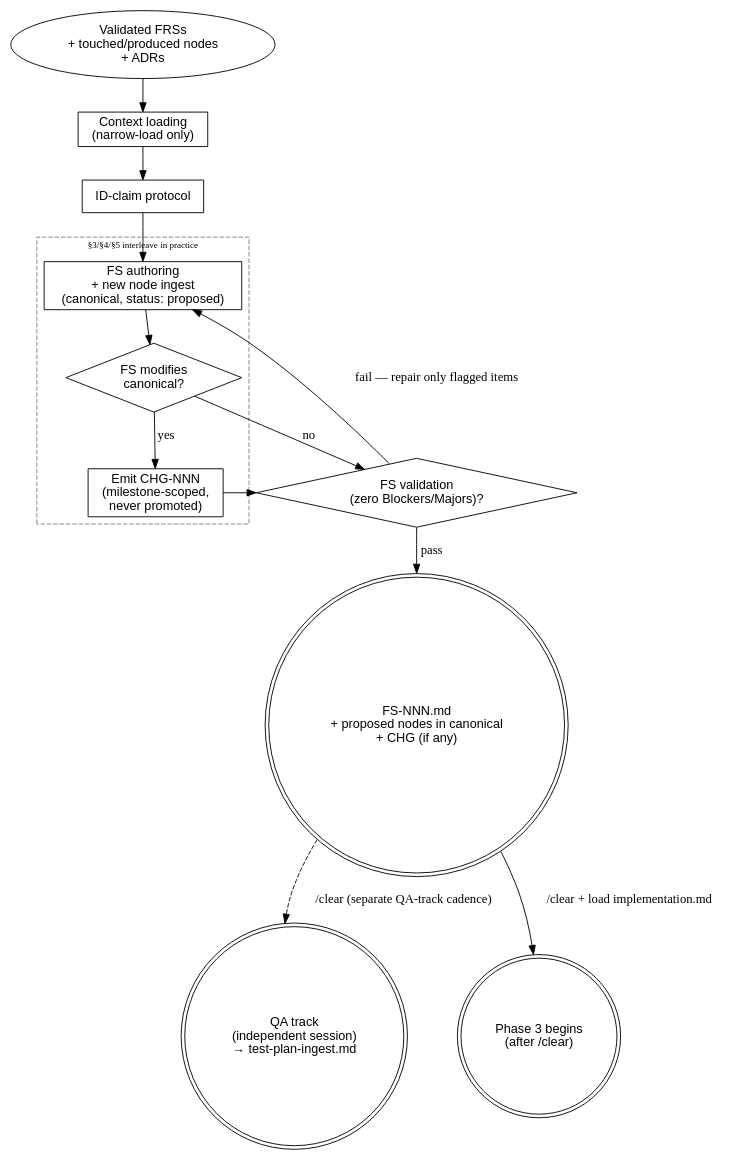
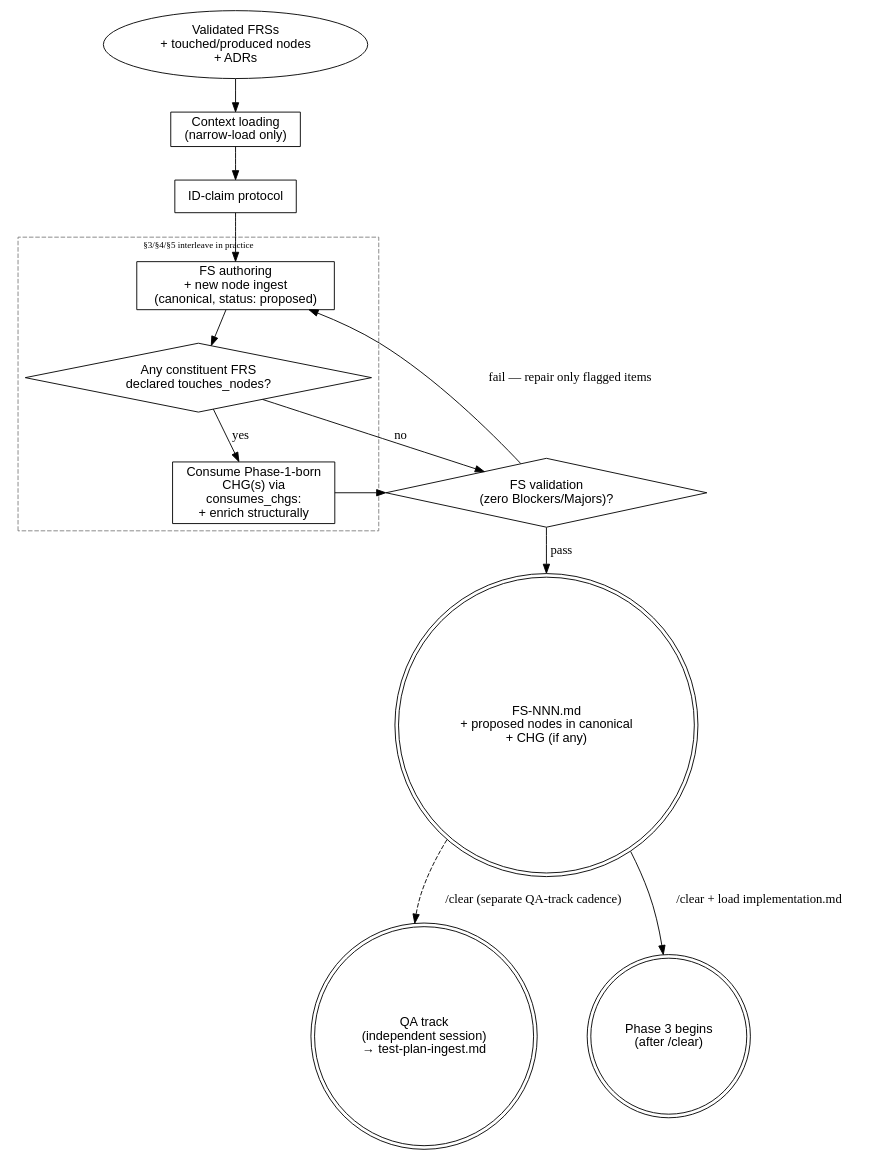
The diagram in sdlc/workflow/plan.md (thapaliyabikendra/agentic-dev-workspace), drawn with Graphviz before and after one commit. The commit also changed other lines of this file and 37 other files, not shown here.

````diff
--- a/sdlc/workflow/plan.md
+++ b/sdlc/workflow/plan.md
@@ -132,38 +163,38 @@
 ```dot
 digraph plan_flow {
     rankdir=TB;
     node [fontname="Helvetica"];
 
     inputs    [shape=oval,  label="Validated FRSs\n+ touched/produced nodes\n+ ADRs"];
     ctxload   [shape=box,   label="Context loading\n(narrow-load only)"];
     idclaim   [shape=box,   label="ID-claim protocol"];
 
     subgraph cluster_interleave {
         label = "§3/§4/§5 interleave in practice";
         style = dashed;
         color = gray;
         fontsize = 10;
         fsauthor  [shape=box,   label="FS authoring\n+ new node ingest\n(canonical, status: proposed)"];
-        chgemit   [shape=diamond, label="FS modifies\ncanonical?"];
-        chgnode   [shape=box,   label="Emit CHG-NNN\n(milestone-scoped,\nnever promoted)"];
+        chgemit   [shape=diamond, label="Any constituent FRS\ndeclared touches_nodes?"];
+        chgnode   [shape=box,   label="Consume Phase-1-born\nCHG(s) via\nconsumes_chgs:\n+ enrich structurally"];
     }
 
     fsval     [shape=diamond, label="FS validation\n(zero Blockers/Majors)?"];
 
     out_fs    [shape=doublecircle, label="FS-NNN.md\n+ proposed nodes in canonical\n+ CHG (if any)"];
     qatrack   [shape=doublecircle, label="QA track\n(independent session)\n→ test-plan-ingest.md"];
     next      [shape=doublecircle, label="Phase 3 begins\n(after /clear)"];
 
     inputs -> ctxload;
     ctxload -> idclaim;
     idclaim -> fsauthor;
     fsauthor -> chgemit;
     chgemit -> chgnode [label="yes"];
     chgemit -> fsval   [label="no"];
     chgnode -> fsval;
     fsval -> fsauthor [label="fail — repair only flagged items"];
     fsval -> out_fs   [label="pass"];
     out_fs -> next    [label="/clear + load implementation.md"];
     out_fs -> qatrack [label="/clear (separate QA-track cadence)", style=dashed];
 }
 ```
````
